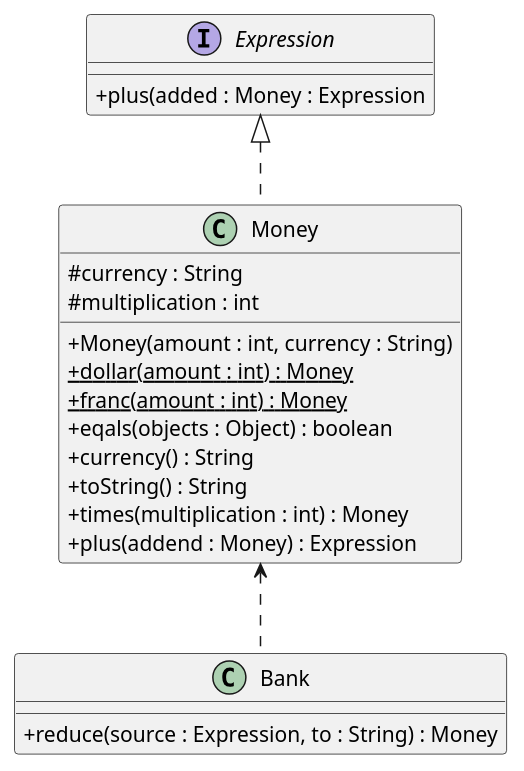
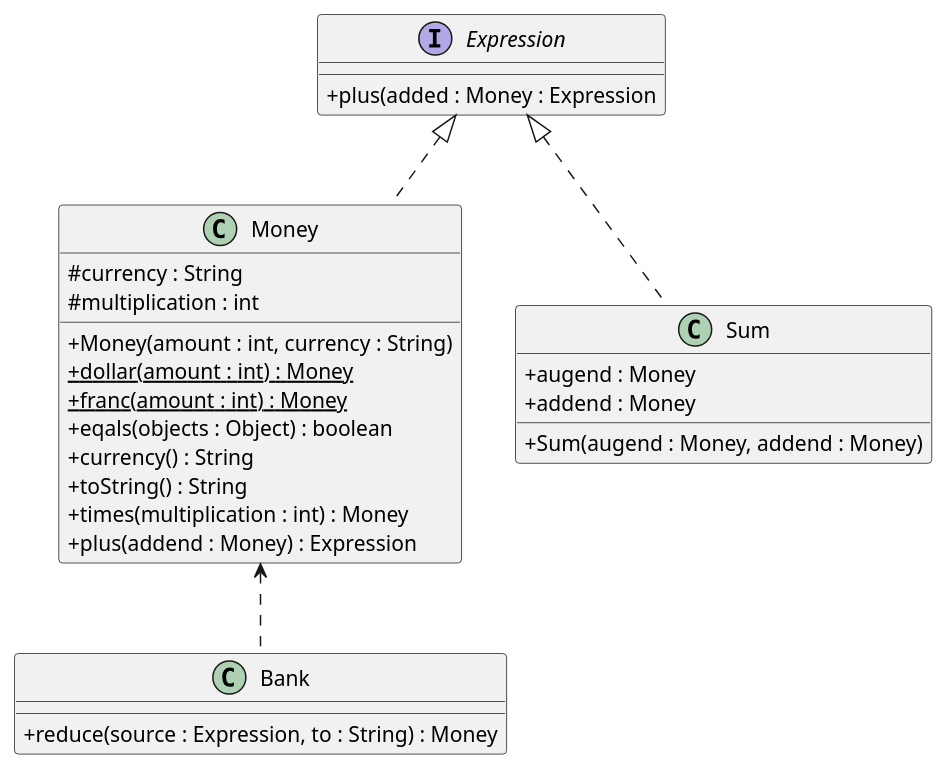
One commit to NOHYC/TDD_project changed the diagram in ClassDiagram.puml. Above: the diagram before and after it, drawn with PlantUML. The commit also changed 6 other files, not shown here.

Commit message:
chapter 13 : 더하기 기능 추가(내부 구현) 1. Money.plus는 Expression(sum)을 반환해야함 2. 반환 Test 코드 작성(연산 결과를 담기 위한 Sum 클래스 추가) 3. Sum 클래스 스텁 구현 4. Sum 클래스 생성자와 Override 추가 4. 반환 테스트 통과

```diff
--- a/ClassDiagram.puml
+++ b/ClassDiagram.puml
@@ -1,32 +1,38 @@
 @startuml
 'https://plantuml.com/class-diagram
 skinparam classAttributeIconSize 0
-/' 12장
+/' 13장 : 더하기 기능 (내부구현)
 '/
 class Money
 interface Expression
 class Bank
+class Sum
 
 Expression <|.. Money
 Money <.. Bank
+Expression <|.. Sum
 
 class Money{
  #currency : String
  #multiplication : int
  +Money(amount : int, currency : String)
  +dollar(amount : int) : {static} Money
  +franc(amount : int) : {static} Money
  +eqals(objects : Object) : boolean
  +currency() : String
  +toString() : String
  +times(multiplication : int) : Money
  +plus(addend : Money) : Expression
 }
 interface Expression{
  +plus(added : Money : Expression
 }
 class Bank{
  +reduce(source : Expression, to : String) : Money
 }
-
+class Sum{
+ +augend : Money
+ +addend : Money
+ +Sum(augend : Money, addend : Money)
+}
 @enduml
```
